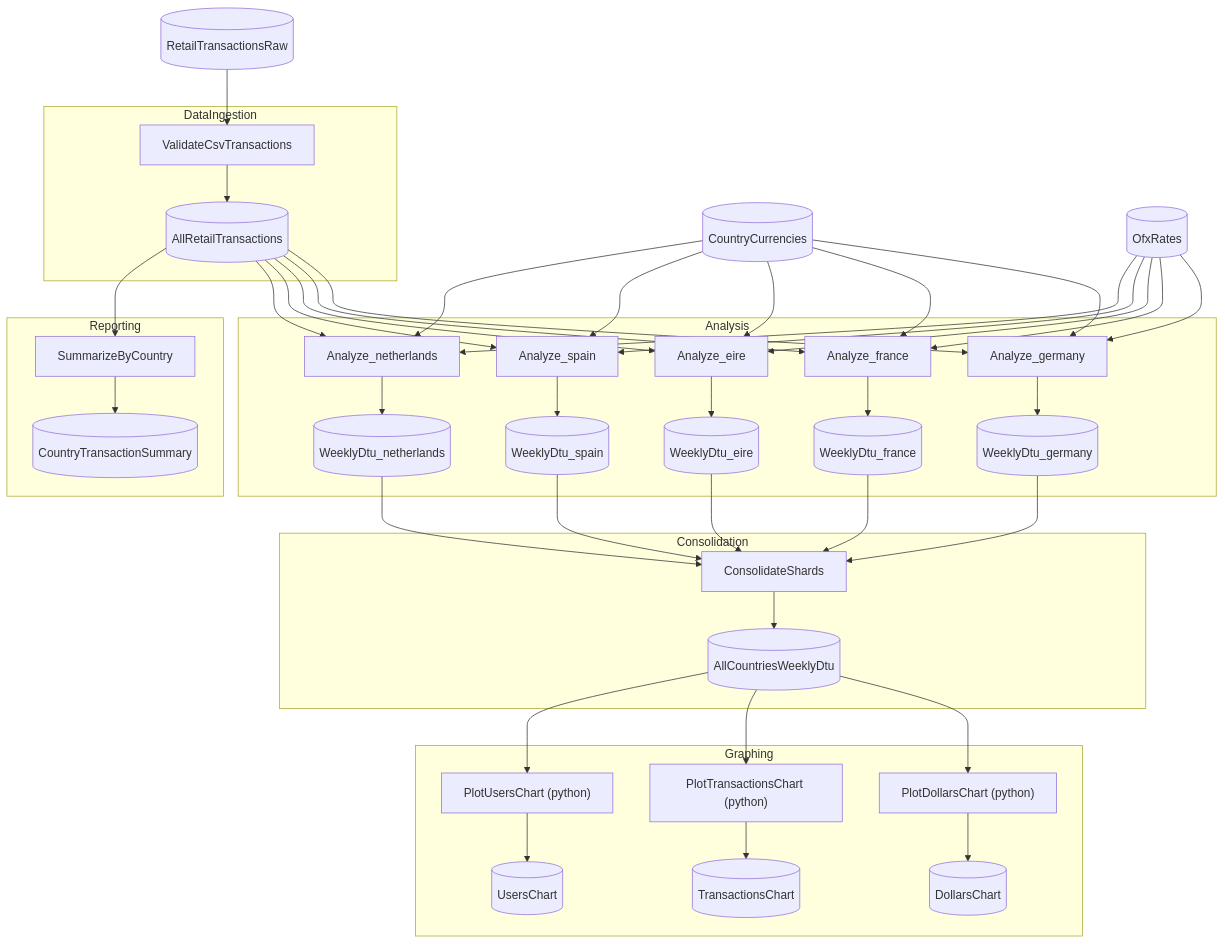
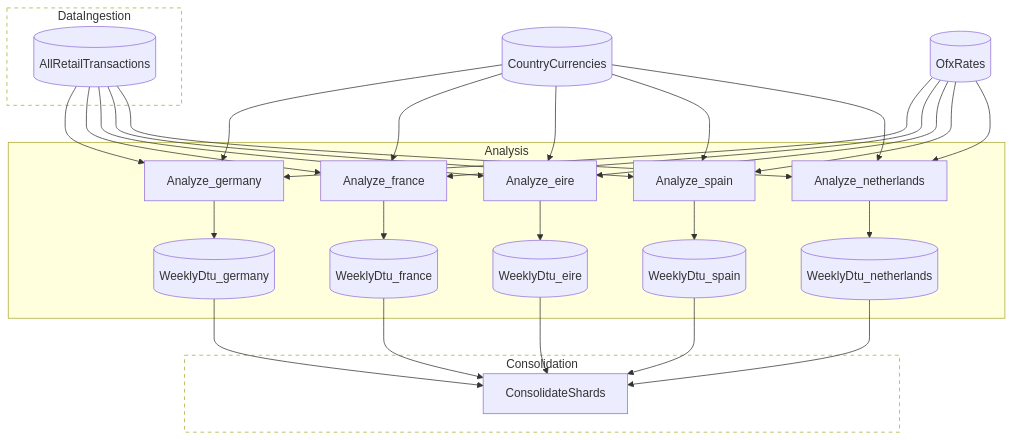
The first of 5 diagrams in examples/advanced/RetailDataSplitFlow/README.md (chaoticgoodcomputing/flowthru), drawn with Mermaid before and after one commit. The commit also changed other lines of this file and 16 other files, not shown here.

Commit message:
feat: mermaid split-diagrams for >3 flows in a DAG

````diff
--- a/examples/advanced/RetailDataSplitFlow/README.md
+++ b/examples/advanced/RetailDataSplitFlow/README.md
@@ -47,7 +49,10 @@
     %% External Data Inputs
     CountryCurrencies[("CountryCurrencies")]
     OfxRates[("OfxRates")]
-    RetailTransactionsRaw[("RetailTransactionsRaw")]
+
+    subgraph DataIngestion_us["DataIngestion"]
+        AllRetailTransactions[("AllRetailTransactions")]
+    end
 
     subgraph Analysis["Analysis"]
         Analyze_germany["Analyze_germany"]
@@ -62,33 +67,11 @@
         WeeklyDtu_netherlands[("WeeklyDtu_netherlands")]
     end
 
-    subgraph Consolidation["Consolidation"]
+    subgraph Consolidation_ds["Consolidation"]
         ConsolidateShards["ConsolidateShards"]
-        AllCountriesWeeklyDtu[("AllCountriesWeeklyDtu")]
-    end
-
-    subgraph DataIngestion["DataIngestion"]
-        ValidateCsvTransactions["ValidateCsvTransactions"]
-        AllRetailTransactions[("AllRetailTransactions")]
-    end
-
-    subgraph Graphing["Graphing"]
-        PlotDollarsChart["PlotDollarsChart (python)"]
-        DollarsChart[("DollarsChart")]
-        PlotTransactionsChart["PlotTransactionsChart (python)"]
-        TransactionsChart[("TransactionsChart")]
-        PlotUsersChart["PlotUsersChart (python)"]
-        UsersChart[("UsersChart")]
-    end
-
-    subgraph Reporting["Reporting"]
-        SummarizeByCountry["SummarizeByCountry"]
-        CountryTransactionSummary[("CountryTransactionSummary")]
     end
 
     %% Edges
-    RetailTransactionsRaw --> ValidateCsvTransactions
-    ValidateCsvTransactions --> AllRetailTransactions
     AllRetailTransactions --> Analyze_germany
     CountryCurrencies --> Analyze_germany
     OfxRates --> Analyze_germany
@@ -109,19 +92,12 @@
     CountryCurrencies --> Analyze_netherlands
     OfxRates --> Analyze_netherlands
     Analyze_netherlands --> WeeklyDtu_netherlands
-    AllRetailTransactions --> SummarizeByCountry
-    SummarizeByCountry --> CountryTransactionSummary
     WeeklyDtu_germany --> ConsolidateShards
     WeeklyDtu_france --> ConsolidateShards
     WeeklyDtu_eire --> ConsolidateShards
     WeeklyDtu_spain --> ConsolidateShards
     WeeklyDtu_netherlands --> ConsolidateShards
-    ConsolidateShards --> AllCountriesWeeklyDtu
-    AllCountriesWeeklyDtu --> PlotDollarsChart
-    PlotDollarsChart --> DollarsChart
-    AllCountriesWeeklyDtu --> PlotTransactionsChart
-    PlotTransactionsChart --> TransactionsChart
-    AllCountriesWeeklyDtu --> PlotUsersChart
-    PlotUsersChart --> UsersChart
 
+    classDef collapsed stroke-dasharray:5 5,fill:transparent
+    class DataIngestion_us,Consolidation_ds collapsed
 ```
````
